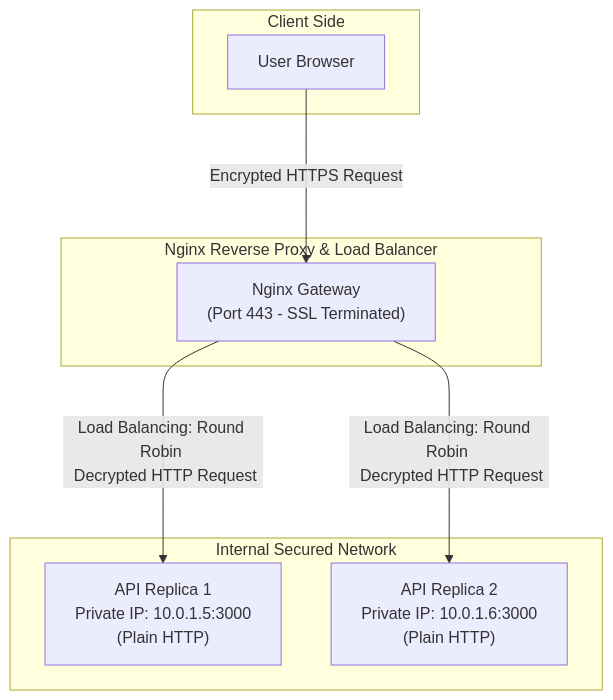
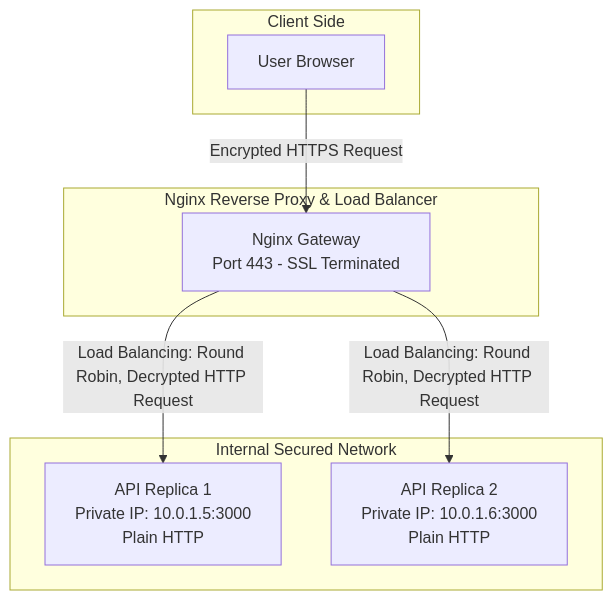
The ninth of 14 diagrams in content/networking.md (awoladhossain/awolad-docs), drawn with Mermaid before and after one commit. The commit also changed other lines of this file, not shown here.

Commit message:
fix: resolve all Mermaid diagram syntax and parsing errors in networking.md

````diff
--- a/content/networking.md
+++ b/content/networking.md
@@ -309,19 +307,19 @@
 ```mermaid
 flowchart TD
-    subgraph ClientSpace [Client Side]
+    subgraph ClientSpace ["Client Side"]
         UserClient["User Browser"]
     end
     
-    subgraph ProxyGateway [Nginx Reverse Proxy & Load Balancer]
-        NginxGateway["Nginx Gateway <br>(Port 443 - SSL Terminated)"]
+    subgraph ProxyGateway ["Nginx Reverse Proxy & Load Balancer"]
+        NginxGateway["Nginx Gateway <br> Port 443 - SSL Terminated"]
     end
     
-    subgraph PrivateSubnet [Internal Secured Network]
-        Server1["API Replica 1 <br> Private IP: 10.0.1.5:3000 <br>(Plain HTTP)"]
-        Server2["API Replica 2 <br> Private IP: 10.0.1.6:3000 <br>(Plain HTTP)"]
+    subgraph PrivateSubnet ["Internal Secured Network"]
+        Server1["API Replica 1 <br> Private IP: 10.0.1.5:3000 <br> Plain HTTP"]
+        Server2["API Replica 2 <br> Private IP: 10.0.1.6:3000 <br> Plain HTTP"]
     end
     
-    UserClient --->|Encrypted HTTPS Request| NginxGateway
-    NginxGateway --->|Load Balancing: Round Robin <br> Decrypted HTTP Request| Server1
-    NginxGateway --->|Load Balancing: Round Robin <br> Decrypted HTTP Request| Server2
+    UserClient -->|"Encrypted HTTPS Request"| NginxGateway
+    NginxGateway -->|"Load Balancing: Round Robin, Decrypted HTTP Request"| Server1
+    NginxGateway -->|"Load Balancing: Round Robin, Decrypted HTTP Request"| Server2
 ```
````
